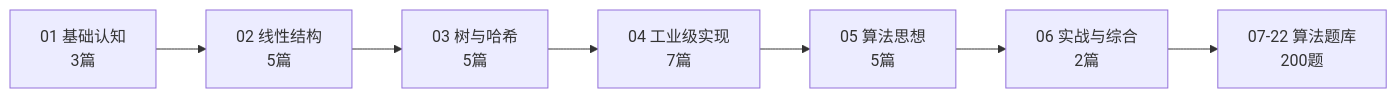
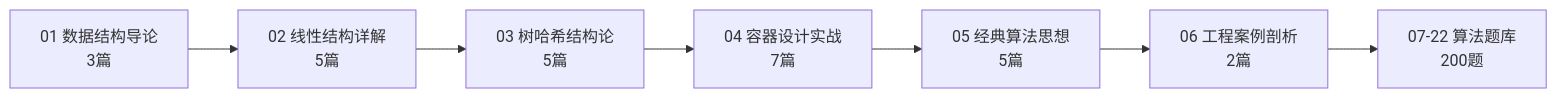
Before and after one commit to chongyang211/YCBookBlog: the diagram in docs/09.算法/00.README.md, drawn with Mermaid. The commit also changed other lines of this file and 200 other files, not shown here.

````diff
--- a/docs/09.算法/00.README.md
+++ b/docs/09.算法/00.README.md
@@ -32,9 +32,9 @@
 ```mermaid
 flowchart LR
-    A[01 基础认知<br/>3篇] --> B[02 线性结构<br/>5篇]
-    B --> C[03 树与哈希<br/>5篇]
-    C --> D[04 工业级实现<br/>7篇]
-    D --> E[05 算法思想<br/>5篇]
-    E --> F[06 实战与综合<br/>2篇]
+    A[01 数据结构导论<br/>3篇] --> B[02 线性结构详解<br/>5篇]
+    B --> C[03 树哈希结构论<br/>5篇]
+    C --> D[04 容器设计实战<br/>7篇]
+    D --> E[05 经典算法思想<br/>5篇]
+    E --> F[06 工程案例剖析<br/>2篇]
     F --> G[07-22 算法题库<br/>200题]
 ```
````
